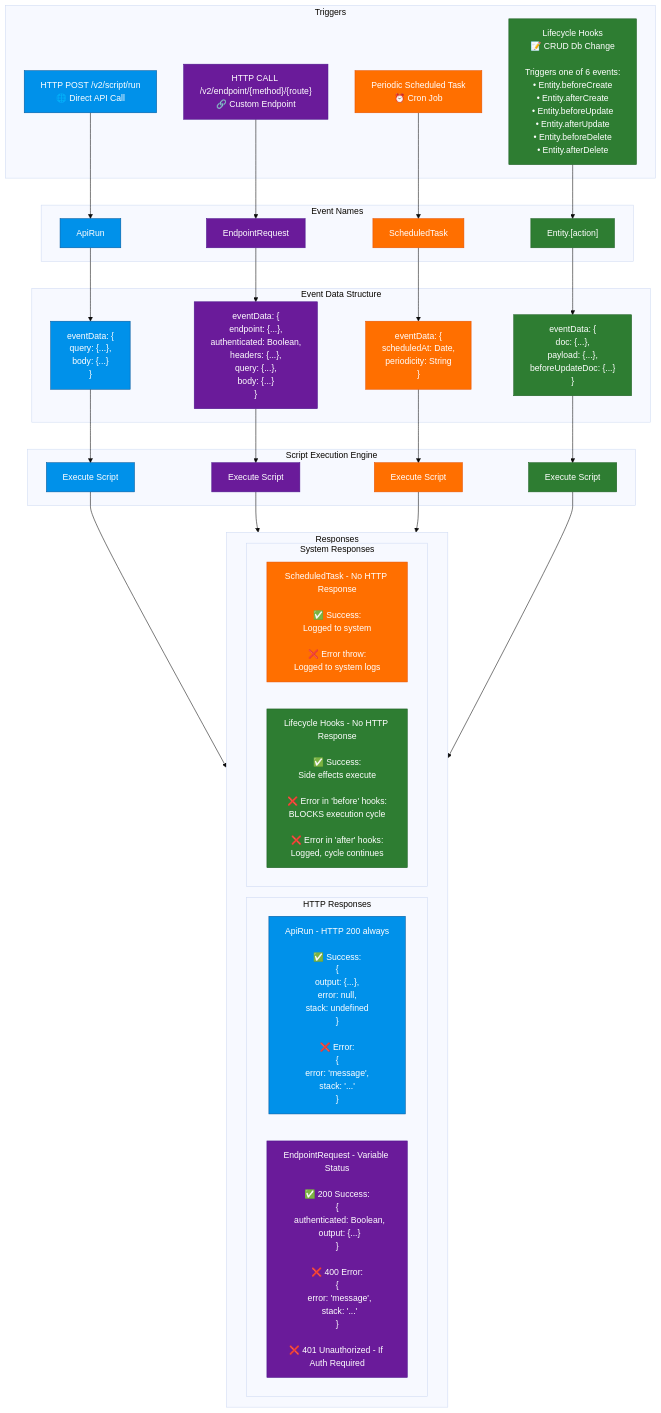
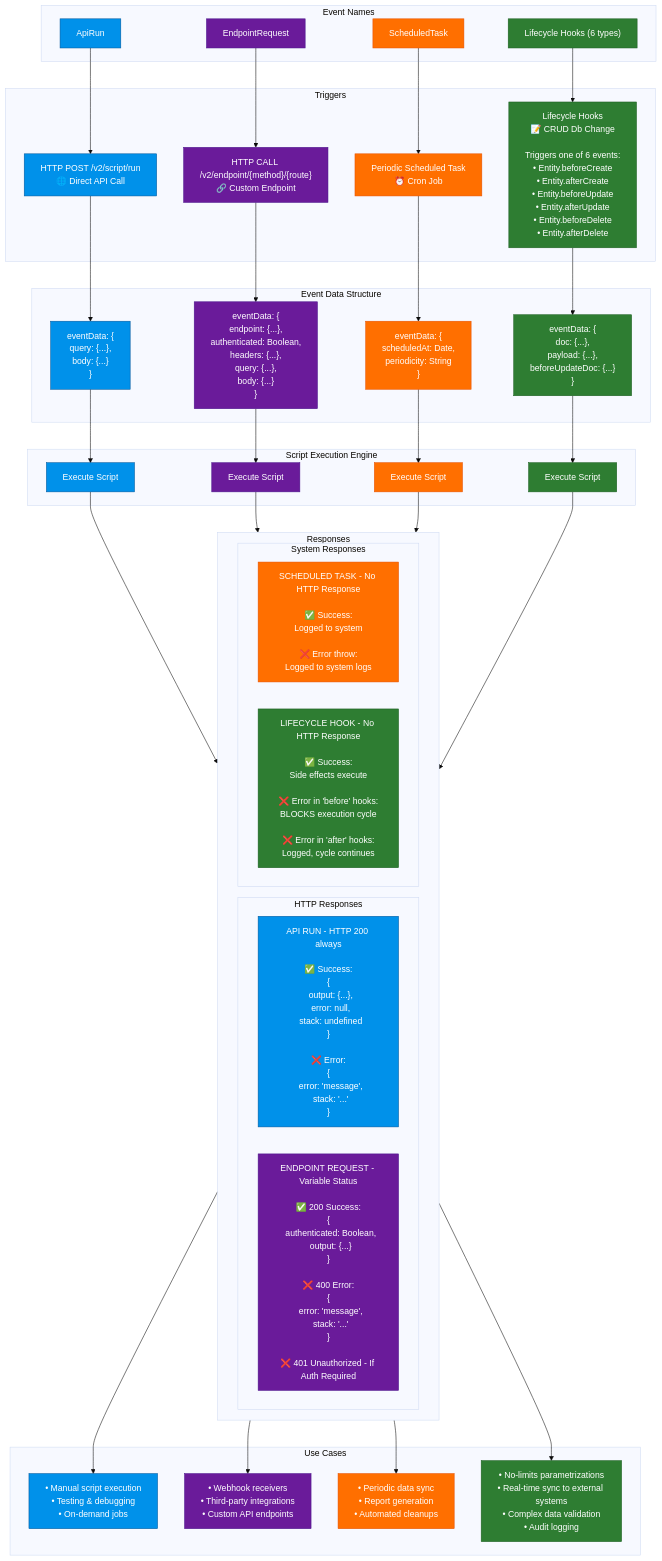
The first of 3 diagrams in docs/README.md (nodriza-io/script-builder), drawn with Mermaid (base theme) before and after one commit. The commit also changed other lines of this file and 2 other files, not shown here.

````diff
--- a/docs/README.md
+++ b/docs/README.md
@@ -17,90 +17,107 @@
 ```mermaid
 flowchart TB
-    subgraph External["Triggers"]
-        API["HTTP POST /v2/script/run<br/>🌐 Direct API Call"]
-        ENDPOINT["HTTP CALL /v2/endpoint/{method}/{route}<br/>🔗 Custom Endpoint"]
-        CRON["Periodic Scheduled Task<br/>⏰ Cron Job"]
-        LIFECYCLE["Lifecycle Hooks<br/>📝 CRUD Db Change<br/><br/>Triggers one of 6 events:<br/>• Entity.beforeCreate<br/>• Entity.afterCreate<br/>• Entity.beforeUpdate<br/>• Entity.afterUpdate<br/>• Entity.beforeDelete<br/>• Entity.afterDelete"]
+    subgraph EventNames["Event Names"]
+        API_RUN_NAME["ApiRun"]
+        ENDPOINT_REQUEST_NAME["EndpointRequest"]
+        SCHEDULED_TASK_NAME["ScheduledTask"]
+        LIFECYCLE_HOOK_NAME["Lifecycle Hooks (6 types)"]
     end
 
-    subgraph EventNames["Event Names"]
-        API_NAME["ApiRun"]
-        ENDPOINT_NAME["EndpointRequest"]
-        CRON_NAME["ScheduledTask"]
-        LIFECYCLE_NAME["Entity.[action]"]
+    subgraph External["Triggers"]
+        API_RUN["HTTP POST /v2/script/run<br/>🌐 Direct API Call"]
+        ENDPOINT_REQUEST["HTTP CALL /v2/endpoint/{method}/{route}<br/>🔗 Custom Endpoint"]
+        SCHEDULED_TASK["Periodic Scheduled Task<br/>⏰ Cron Job"]
+        LIFECYCLE_HOOK["Lifecycle Hooks<br/>📝 CRUD Db Change<br/><br/>Triggers one of 6 events:<br/>• Entity.beforeCreate<br/>• Entity.afterCreate<br/>• Entity.beforeUpdate<br/>• Entity.afterUpdate<br/>• Entity.beforeDelete<br/>• Entity.afterDelete"]
     end
 
     subgraph EventData["Event Data Structure"]
-        API_DATA["eventData: {<br/>  query: {...},<br/>  body: {...}<br/>}"]
-        ENDPOINT_DATA["eventData: {<br/>  endpoint: {...},<br/>  authenticated: Boolean,<br/>  headers: {...},<br/>  query: {...},<br/>  body: {...}<br/>}"]
-        CRON_DATA["eventData: {<br/>  scheduledAt: Date,<br/>  periodicity: String<br/>}"]
-        LIFECYCLE_DATA["eventData: {<br/>  doc: {...},<br/>  payload: {...},<br/>  beforeUpdateDoc: {...}<br/>}"]
+        API_RUN_DATA["eventData: {<br/>  query: {...},<br/>  body: {...}<br/>}"]
+        ENDPOINT_REQUEST_DATA["eventData: {<br/>  endpoint: {...},<br/>  authenticated: Boolean,<br/>  headers: {...},<br/>  query: {...},<br/>  body: {...}<br/>}"]
+        SCHEDULED_TASK_DATA["eventData: {<br/>  scheduledAt: Date,<br/>  periodicity: String<br/>}"]
+        LIFECYCLE_HOOK_DATA["eventData: {<br/>  doc: {...},<br/>  payload: {...},<br/>  beforeUpdateDoc: {...}<br/>}"]
     end
 
     subgraph Engine["Script Execution Engine"]
-        EXECUTE_API["Execute Script"]
-        EXECUTE_ENDPOINT["Execute Script"]
-        EXECUTE_CRON["Execute Script"]
-        EXECUTE_LIFECYCLE["Execute Script"]
+        EXECUTE_API_RUN["Execute Script"]
+        EXECUTE_ENDPOINT_REQUEST["Execute Script"]
+        EXECUTE_SCHEDULED_TASK["Execute Script"]
+        EXECUTE_LIFECYCLE_HOOK["Execute Script"]
     end
 
     subgraph Responses["Responses"]
         direction LR
         subgraph HTTPResponses["HTTP Responses"]
-            API_RESULT["ApiRun - HTTP 200 always<br/><br/>✅ Success:<br/>{<br/>  output: {...},<br/>  error: null,<br/>  stack: undefined<br/>}<br/><br/>❌ Error:<br/>{<br/>  error: 'message',<br/>  stack: '...'<br/>}"]
+            API_RUN_RESULT["API RUN - HTTP 200 always<br/><br/>✅ Success:<br/>{<br/>  output: {...},<br/>  error: null,<br/>  stack: undefined<br/>}<br/><br/>❌ Error:<br/>{<br/>  error: 'message',<br/>  stack: '...'<br/>}"]
             
-            ENDPOINT_RESULT["EndpointRequest - Variable Status<br/><br/>✅ 200 Success:<br/>{<br/>  authenticated: Boolean,<br/>  output: {...}<br/>}<br/><br/>❌ 400 Error:<br/>{<br/>  error: 'message',<br/>  stack: '...'<br/>}<br/><br/>❌ 401 Unauthorized - If Auth Required"]
+            ENDPOINT_REQUEST_RESULT["ENDPOINT REQUEST - Variable Status<br/><br/>✅ 200 Success:<br/>{<br/>  authenticated: Boolean,<br/>  output: {...}<br/>}<br/><br/>❌ 400 Error:<br/>{<br/>  error: 'message',<br/>  stack: '...'<br/>}<br/><br/>❌ 401 Unauthorized - If Auth Required"]
         end
 
         subgraph SystemResponses["System Responses"]
-            TASK_RESULT["ScheduledTask - No HTTP Response<br/><br/>✅ Success:<br/>Logged to system<br/><br/>❌ Error throw:<br/>Logged to system logs"]
+            SCHEDULED_TASK_RESULT["SCHEDULED TASK - No HTTP Response<br/><br/>✅ Success:<br/>Logged to system<br/><br/>❌ Error throw:<br/>Logged to system logs"]
             
-            HOOK_RESULT["Lifecycle Hooks - No HTTP Response<br/><br/>✅ Success:<br/>Side effects execute<br/><br/>❌ Error in 'before' hooks:<br/>BLOCKS execution cycle<br/><br/>❌ Error in 'after' hooks:<br/>Logged, cycle continues"]
+            LIFECYCLE_HOOK_RESULT["LIFECYCLE HOOK - No HTTP Response<br/><br/>✅ Success:<br/>Side effects execute<br/><br/>❌ Error in 'before' hooks:<br/>BLOCKS execution cycle<br/><br/>❌ Error in 'after' hooks:<br/>Logged, cycle continues"]
         end
     end
 
-    API --> API_NAME
-    ENDPOINT --> ENDPOINT_NAME
-    CRON --> CRON_NAME
-    LIFECYCLE --> LIFECYCLE_NAME
+    subgraph UseCases["Use Cases"]
+        API_RUN_USE["• Manual script execution<br/>• Testing & debugging<br/>• On-demand jobs"]
+        ENDPOINT_REQUEST_USE["• Webhook receivers<br/>• Third-party integrations<br/>• Custom API endpoints"]
+        SCHEDULED_TASK_USE["• Periodic data sync<br/>• Report generation<br/>• Automated cleanups"]
+        LIFECYCLE_HOOK_USE["• No-limits parametrizations<br/>• Real-time sync to external systems<br/>• Complex data validation<br/>• Audit logging"]
+    end
 
-    API_NAME --> API_DATA
-    ENDPOINT_NAME --> ENDPOINT_DATA
-    CRON_NAME --> CRON_DATA
-    LIFECYCLE_NAME --> LIFECYCLE_DATA
+    API_RUN_NAME --> API_RUN
+    ENDPOINT_REQUEST_NAME --> ENDPOINT_REQUEST
+    SCHEDULED_TASK_NAME --> SCHEDULED_TASK
+    LIFECYCLE_HOOK_NAME --> LIFECYCLE_HOOK
 
-    API_DATA --> EXECUTE_API
-    ENDPOINT_DATA --> EXECUTE_ENDPOINT
-    CRON_DATA --> EXECUTE_CRON
-    LIFECYCLE_DATA --> EXECUTE_LIFECYCLE
+    API_RUN --> API_RUN_DATA
+    ENDPOINT_REQUEST --> ENDPOINT_REQUEST_DATA
+    SCHEDULED_TASK --> SCHEDULED_TASK_DATA
+    LIFECYCLE_HOOK --> LIFECYCLE_HOOK_DATA
 
-    EXECUTE_API --> API_RESULT
-    EXECUTE_ENDPOINT --> ENDPOINT_RESULT
-    EXECUTE_CRON --> TASK_RESULT
-    EXECUTE_LIFECYCLE --> HOOK_RESULT
+    API_RUN_DATA --> EXECUTE_API_RUN
+    ENDPOINT_REQUEST_DATA --> EXECUTE_ENDPOINT_REQUEST
+    SCHEDULED_TASK_DATA --> EXECUTE_SCHEDULED_TASK
+    LIFECYCLE_HOOK_DATA --> EXECUTE_LIFECYCLE_HOOK
 
-    style API fill:#0091EA,stroke:#01579B,color:#fff
-    style ENDPOINT fill:#6A1B9A,stroke:#4A148C,color:#fff
-    style CRON fill:#FF6F00,stroke:#E65100,color:#fff
-    style LIFECYCLE fill:#2E7D32,stroke:#1B5E20,color:#fff
+    EXECUTE_API_RUN --> API_RUN_RESULT
+    EXECUTE_ENDPOINT_REQUEST --> ENDPOINT_REQUEST_RESULT
+    EXECUTE_SCHEDULED_TASK --> SCHEDULED_TASK_RESULT
+    EXECUTE_LIFECYCLE_HOOK --> LIFECYCLE_HOOK_RESULT
+
+    API_RUN_RESULT --> API_RUN_USE
+    ENDPOINT_REQUEST_RESULT --> ENDPOINT_REQUEST_USE
+    SCHEDULED_TASK_RESULT --> SCHEDULED_TASK_USE
+    LIFECYCLE_HOOK_RESULT --> LIFECYCLE_HOOK_USE
+
+    style API_RUN fill:#0091EA,stroke:#01579B,color:#fff
+    style ENDPOINT_REQUEST fill:#6A1B9A,stroke:#4A148C,color:#fff
+    style SCHEDULED_TASK fill:#FF6F00,stroke:#E65100,color:#fff
+    style LIFECYCLE_HOOK fill:#2E7D32,stroke:#1B5E20,color:#fff
     
-    style API_NAME fill:#0091EA,stroke:#01579B,color:#fff
-    style ENDPOINT_NAME fill:#6A1B9A,stroke:#4A148C,color:#fff
-    style CRON_NAME fill:#FF6F00,stroke:#E65100,color:#fff
-    style LIFECYCLE_NAME fill:#2E7D32,stroke:#1B5E20,color:#fff
+    style API_RUN_NAME fill:#0091EA,stroke:#01579B,color:#fff
+    style ENDPOINT_REQUEST_NAME fill:#6A1B9A,stroke:#4A148C,color:#fff
+    style SCHEDULED_TASK_NAME fill:#FF6F00,stroke:#E65100,color:#fff
+    style LIFECYCLE_HOOK_NAME fill:#2E7D32,stroke:#1B5E20,color:#fff
     
-    style API_DATA fill:#0091EA,stroke:#01579B,color:#fff
-    style ENDPOINT_DATA fill:#6A1B9A,stroke:#4A148C,color:#fff
-    style CRON_DATA fill:#FF6F00,stroke:#E65100,color:#fff
-    style LIFECYCLE_DATA fill:#2E7D32,stroke:#1B5E20,color:#fff
+    style API_RUN_DATA fill:#0091EA,stroke:#01579B,color:#fff
+    style ENDPOINT_REQUEST_DATA fill:#6A1B9A,stroke:#4A148C,color:#fff
+    style SCHEDULED_TASK_DATA fill:#FF6F00,stroke:#E65100,color:#fff
+    style LIFECYCLE_HOOK_DATA fill:#2E7D32,stroke:#1B5E20,color:#fff
 
-    style EXECUTE_API fill:#0091EA,stroke:#01579B,color:#fff
-    style EXECUTE_ENDPOINT fill:#6A1B9A,stroke:#4A148C,color:#fff
-    style EXECUTE_CRON fill:#FF6F00,stroke:#E65100,color:#fff
-    style EXECUTE_LIFECYCLE fill:#2E7D32,stroke:#1B5E20,color:#fff
+    style EXECUTE_API_RUN fill:#0091EA,stroke:#01579B,color:#fff
+    style EXECUTE_ENDPOINT_REQUEST fill:#6A1B9A,stroke:#4A148C,color:#fff
+    style EXECUTE_SCHEDULED_TASK fill:#FF6F00,stroke:#E65100,color:#fff
+    style EXECUTE_LIFECYCLE_HOOK fill:#2E7D32,stroke:#1B5E20,color:#fff
 
-    style API_RESULT fill:#0091EA,stroke:#01579B,color:#fff
-    style ENDPOINT_RESULT fill:#6A1B9A,stroke:#4A148C,color:#fff
-    style TASK_RESULT fill:#FF6F00,stroke:#E65100,color:#fff
-    style HOOK_RESULT fill:#2E7D32,stroke:#1B5E20,color:#fff
+    style API_RUN_RESULT fill:#0091EA,stroke:#01579B,color:#fff
+    style ENDPOINT_REQUEST_RESULT fill:#6A1B9A,stroke:#4A148C,color:#fff
+    style SCHEDULED_TASK_RESULT fill:#FF6F00,stroke:#E65100,color:#fff
+    style LIFECYCLE_HOOK_RESULT fill:#2E7D32,stroke:#1B5E20,color:#fff
+
+    style API_RUN_USE fill:#0091EA,stroke:#01579B,color:#fff
+    style ENDPOINT_REQUEST_USE fill:#6A1B9A,stroke:#4A148C,color:#fff
+    style SCHEDULED_TASK_USE fill:#FF6F00,stroke:#E65100,color:#fff
+    style LIFECYCLE_HOOK_USE fill:#2E7D32,stroke:#1B5E20,color:#fff
 ```
````
